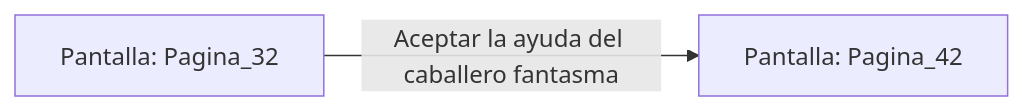
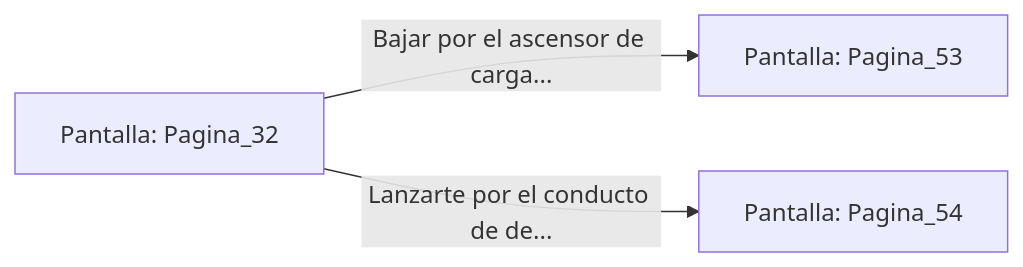
One commit to metsuke/mpl changed the diagram in sample/eligejuego-vault/Pantalla_Pagina_32.md. Above: the diagram before and after it, drawn with Mermaid. The commit also changed other lines of this file and 635 other files, not shown here.

First line of the commit message:
fix: añadir Pagina_1 como pantalla inicial en capitulo_01.mpl

````diff
--- a/sample/eligejuego-vault/Pantalla_Pagina_32.md
+++ b/sample/eligejuego-vault/Pantalla_Pagina_32.md
@@ -14,5 +22,6 @@
 ```mermaid
 graph LR
     P_Pagina_32["Pantalla: Pagina_32"]
-    P_Pagina_32 -->|"Aceptar la ayuda del caballero fantasma"| P_Pagina_42["Pantalla: Pagina_42"]
+    P_Pagina_32 -->|"Bajar por el ascensor de carga..."| P_Pagina_53["Pantalla: Pagina_53"]
+    P_Pagina_32 -->|"Lanzarte por el conducto de de..."| P_Pagina_54["Pantalla: Pagina_54"]
 ```
````
